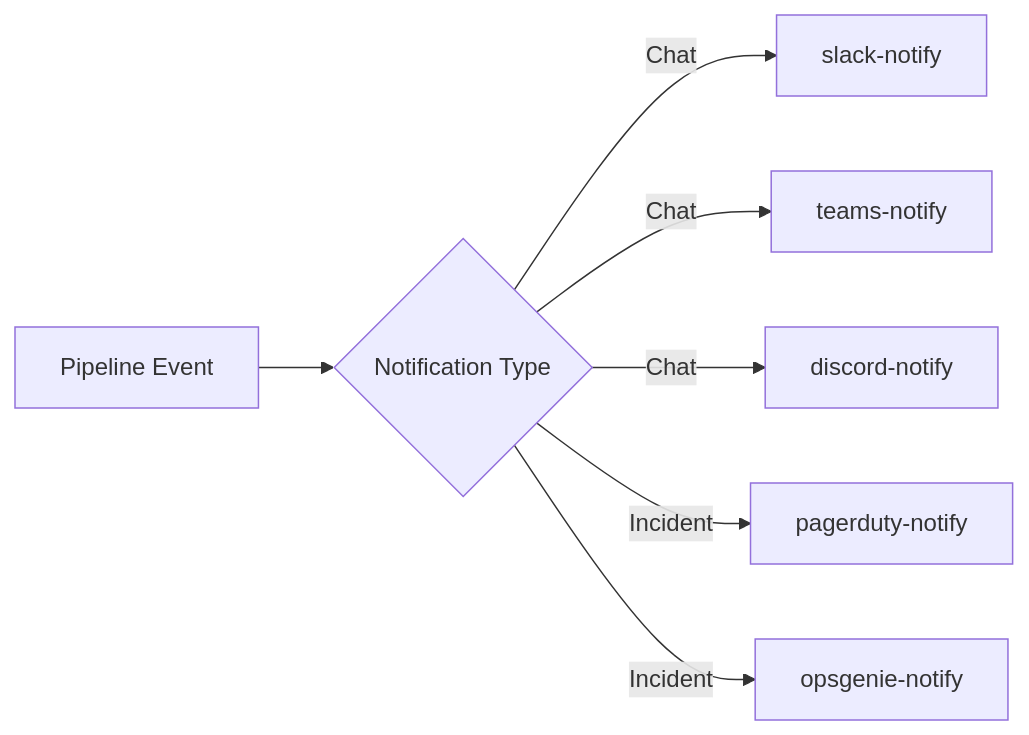
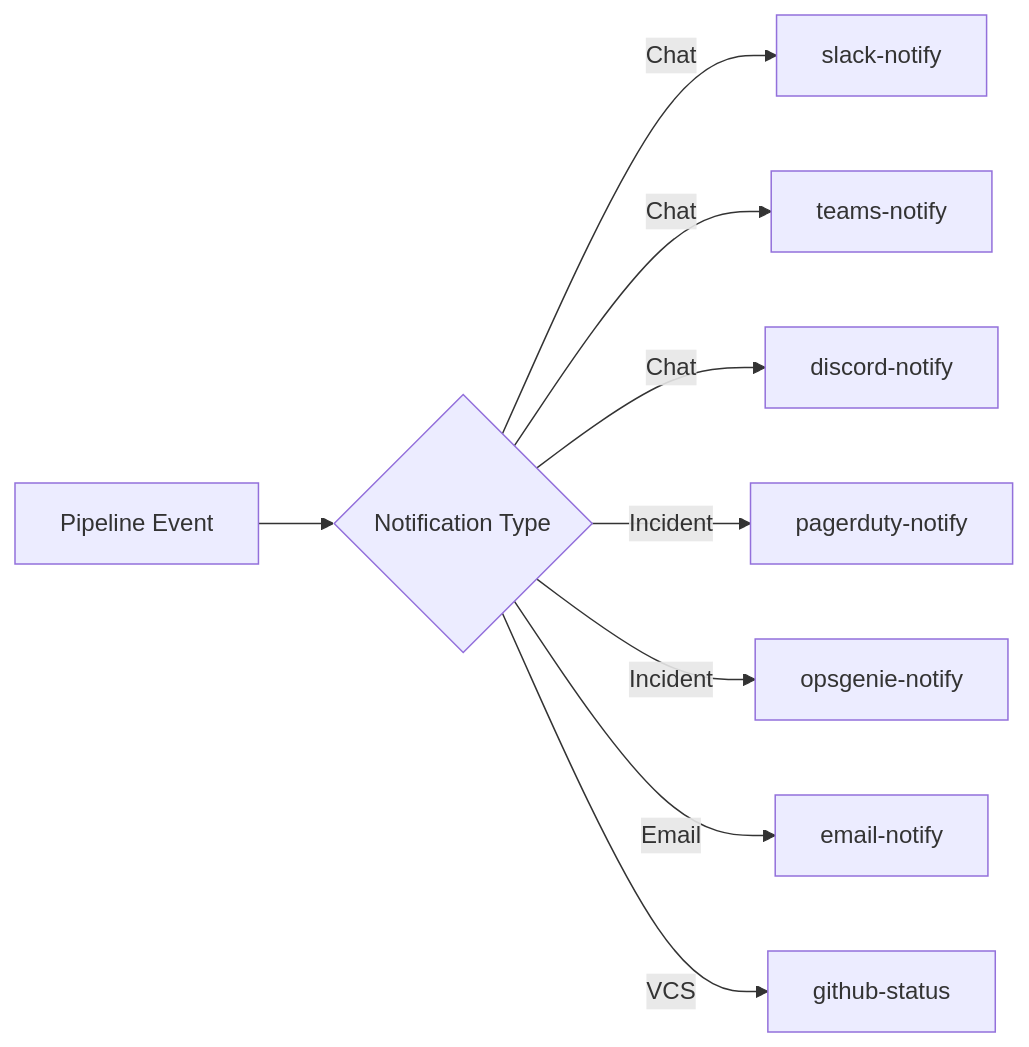
Before and after one commit to mwashburn160/pipeline-builder: the diagram in docs/plugins/notification.md, drawn with Mermaid. The commit also changed other lines of this file and 235 other files, not shown here.

````diff
--- a/docs/plugins/notification.md
+++ b/docs/plugins/notification.md
@@ -5,9 +5,11 @@
 ```mermaid
 flowchart LR
     Pipeline[Pipeline Event] --> Type{Notification Type}
     Type -->|Chat| slack-notify
     Type -->|Chat| teams-notify
     Type -->|Chat| discord-notify
     Type -->|Incident| pagerduty-notify
     Type -->|Incident| opsgenie-notify
+    Type -->|Email| email-notify
+    Type -->|VCS| github-status
 ```
````
